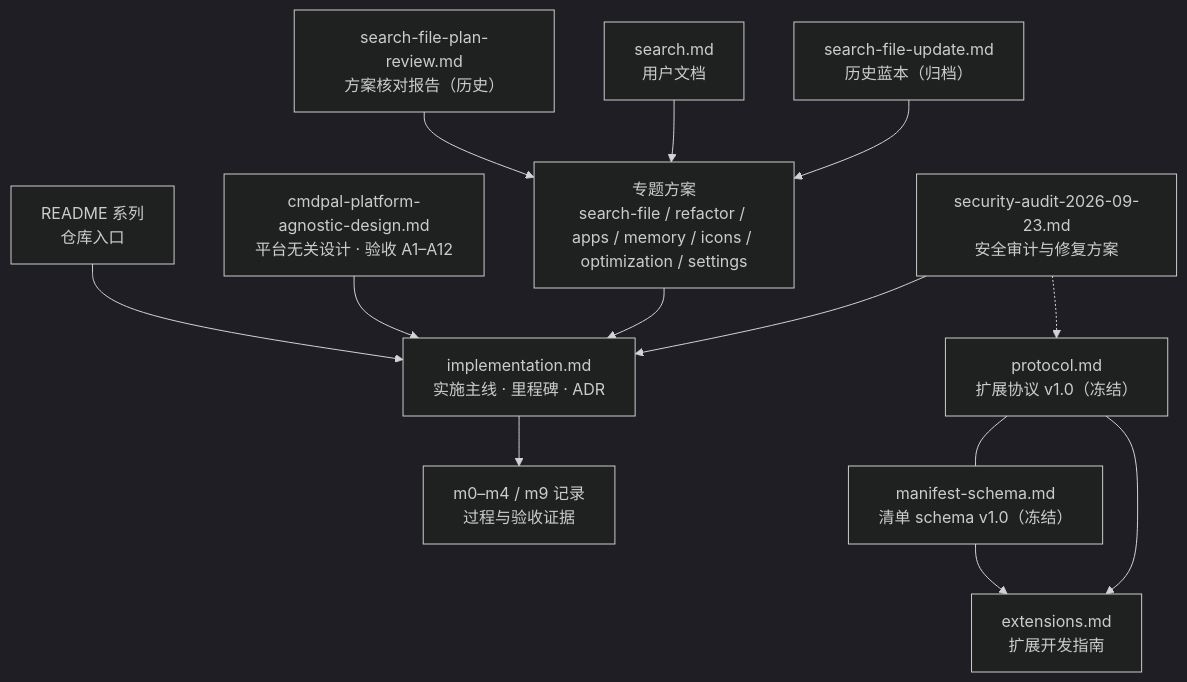
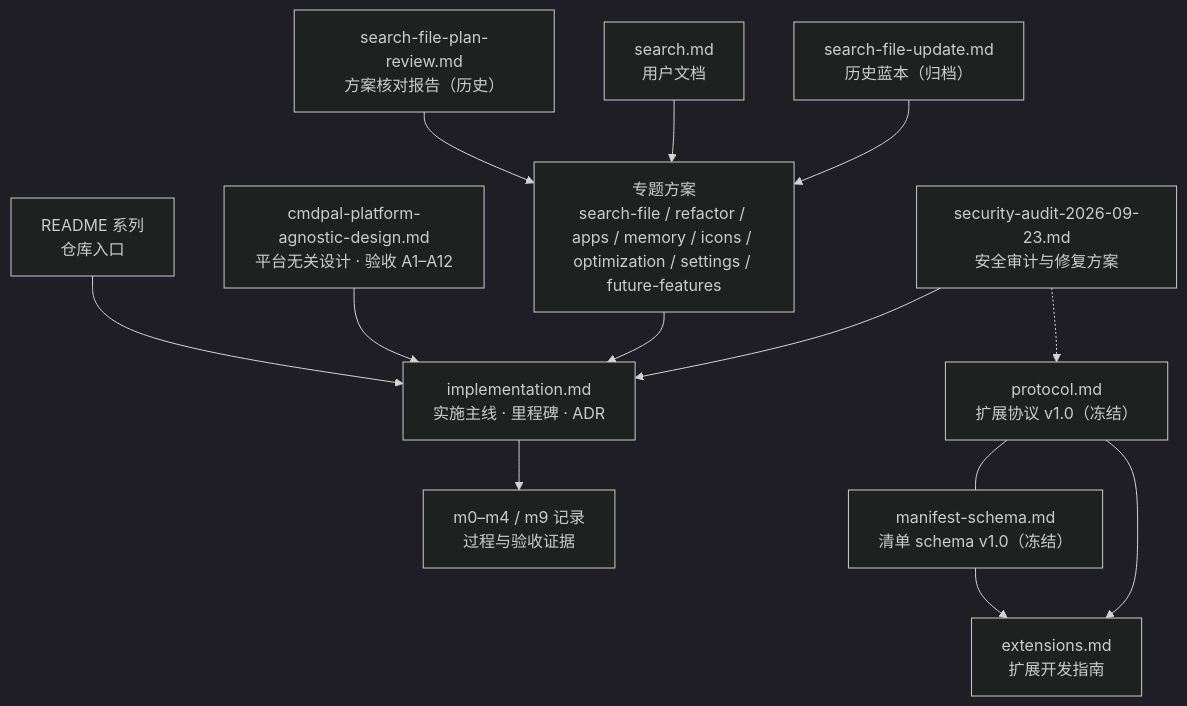
Before and after one commit to Yang-SH/dd-run: the diagram in docs/INDEX.md, drawn with Mermaid (dark theme). The commit also changed other lines of this file and 2 other files, not shown here.

First line of the commit message:
docs(plan): 新增 v0.1.1 后功能向增量规划（N1–N5）

````diff
--- a/docs/INDEX.md
+++ b/docs/INDEX.md
@@ -24,18 +24,18 @@
 ```mermaid
 flowchart TD
     README["README 系列<br/>仓库入口"] --> IMPL
     IMPL["implementation.md<br/>实施主线 · 里程碑 · ADR"]
     DESIGN["cmdpal-platform-agnostic-design.md<br/>平台无关设计 · 验收 A1–A12"] --> IMPL
     IMPL --> REC["m0–m4 / m9 记录<br/>过程与验收证据"]
 
     PROTO["protocol.md<br/>扩展协议 v1.0（冻结）"] --- MANIFEST["manifest-schema.md<br/>清单 schema v1.0（冻结）"]
     MANIFEST --> EXT["extensions.md<br/>扩展开发指南"]
     PROTO --> EXT
 
-    PLAN["专题方案<br/>search-file / refactor / apps / memory / icons / optimization / settings"] --> IMPL
+    PLAN["专题方案<br/>search-file / refactor / apps / memory / icons / optimization / settings / future-features"] --> IMPL
     REVIEW["search-file-plan-review.md<br/>方案核对报告（历史）"] --> PLAN
     AUDIT["security-audit-2026-09-23.md<br/>安全审计与修复方案"] --> IMPL
     AUDIT -.-> PROTO
     USERDOC["search.md<br/>用户文档"] --> PLAN
     ARCHIVE["search-file-update.md<br/>历史蓝本（归档）"] --> PLAN
 ```
````
